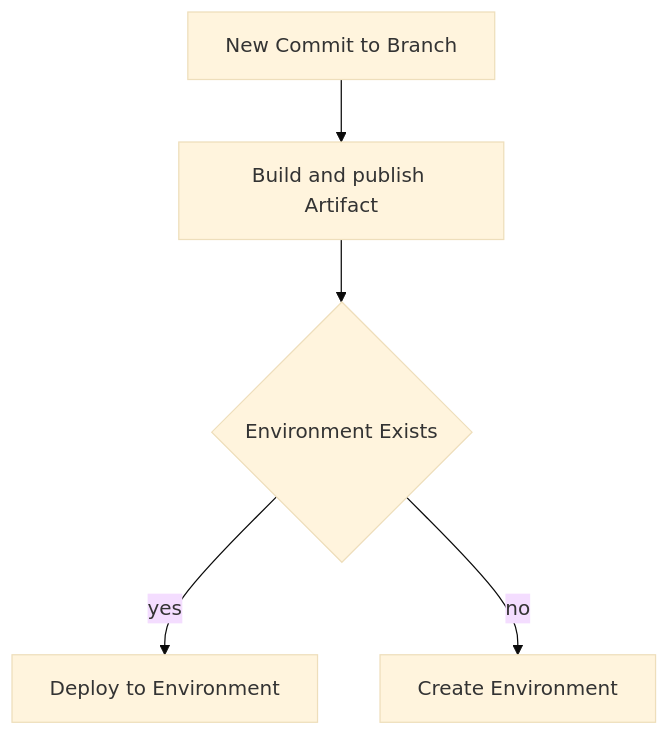
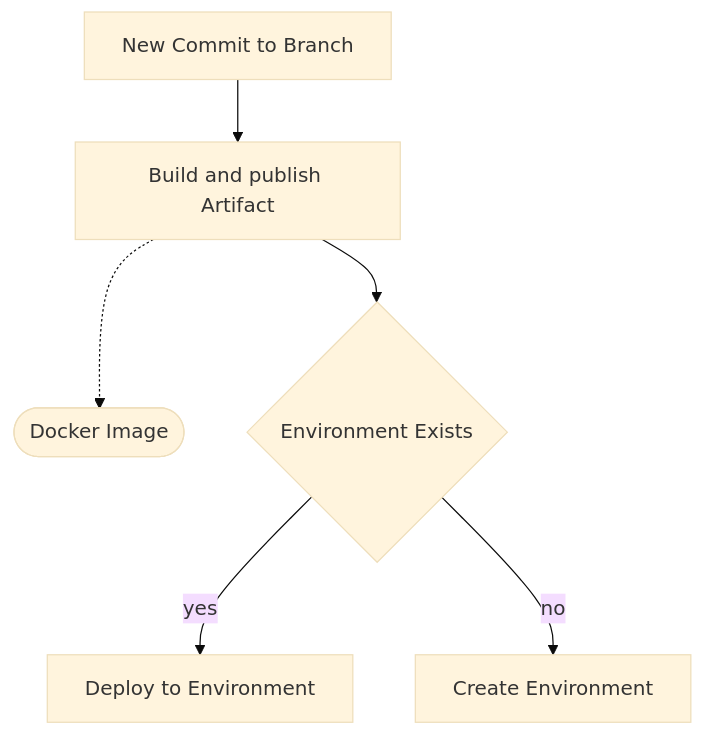
Before and after one commit to ops42-org/warpd: the diagram in README.md, drawn with Mermaid (base theme). The commit also changed 2 other files, not shown here.

````diff
--- a/README.md
+++ b/README.md
@@ -5,7 +5,8 @@
 ```mermaid
 graph TD;
     commit[New Commit to Branch]-->artifact[Build and publish Artifact];
+    artifact-.->docker([Docker Image])
     artifact-->exist{Environment Exists};
     exist-->|yes|deploy[Deploy to Environment]
     exist-->|no|createEnv[Create Environment]
 ```
````
